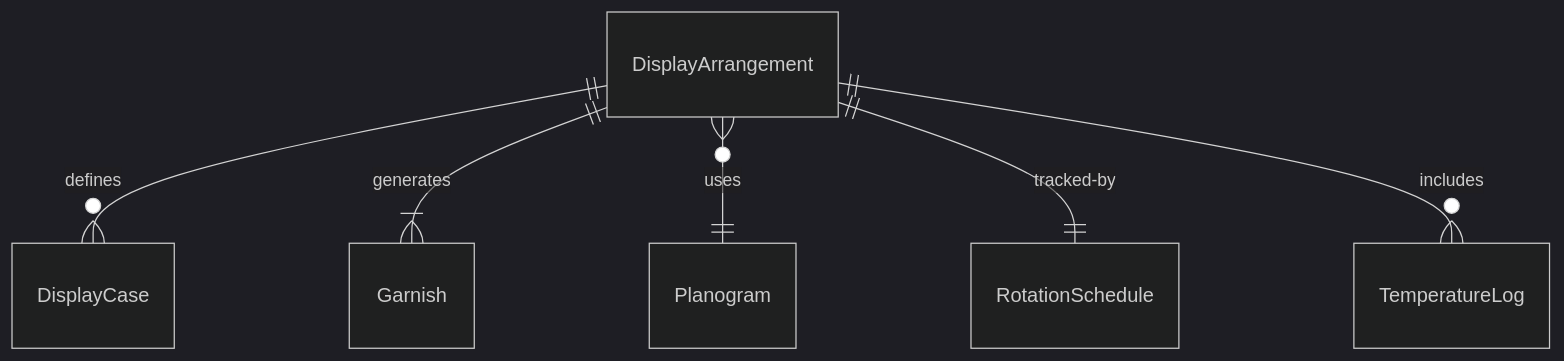
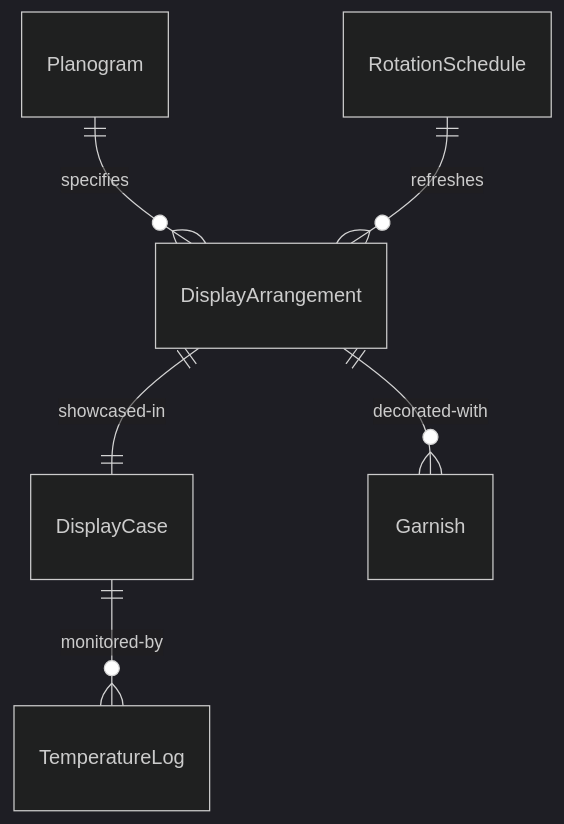
The first of 4 diagrams in HandlingAndMovingObjects/HandleFoodOrFoodPreparationMaterials/ArrangeFoodDisplayPurposes.mdx (dot-org-ai/tasks.org.ai), drawn with Mermaid (dark theme) before and after one commit. The commit also changed other lines of this file and 515 other files, not shown here.

````diff
--- a/HandlingAndMovingObjects/HandleFoodOrFoodPreparationMaterials/ArrangeFoodDisplayPurposes.mdx
+++ b/HandlingAndMovingObjects/HandleFoodOrFoodPreparationMaterials/ArrangeFoodDisplayPurposes.mdx
@@ -88,8 +88,8 @@
 ```mermaid
 erDiagram
-    DisplayArrangement ||--o{ DisplayCase : "defines"
-    DisplayArrangement ||--|{ Garnish : "generates"
-    DisplayArrangement }o--|| Planogram : "uses"
-    DisplayArrangement ||--|| RotationSchedule : "tracked-by"
-    DisplayArrangement ||--o{ TemperatureLog : "includes"
+    Planogram ||--o{ DisplayArrangement : "specifies"
+    DisplayArrangement ||--|| DisplayCase : "showcased-in"
+    DisplayArrangement ||--o{ Garnish : "decorated-with"
+    DisplayCase ||--o{ TemperatureLog : "monitored-by"
+    RotationSchedule ||--o{ DisplayArrangement : "refreshes"
 ```
````
